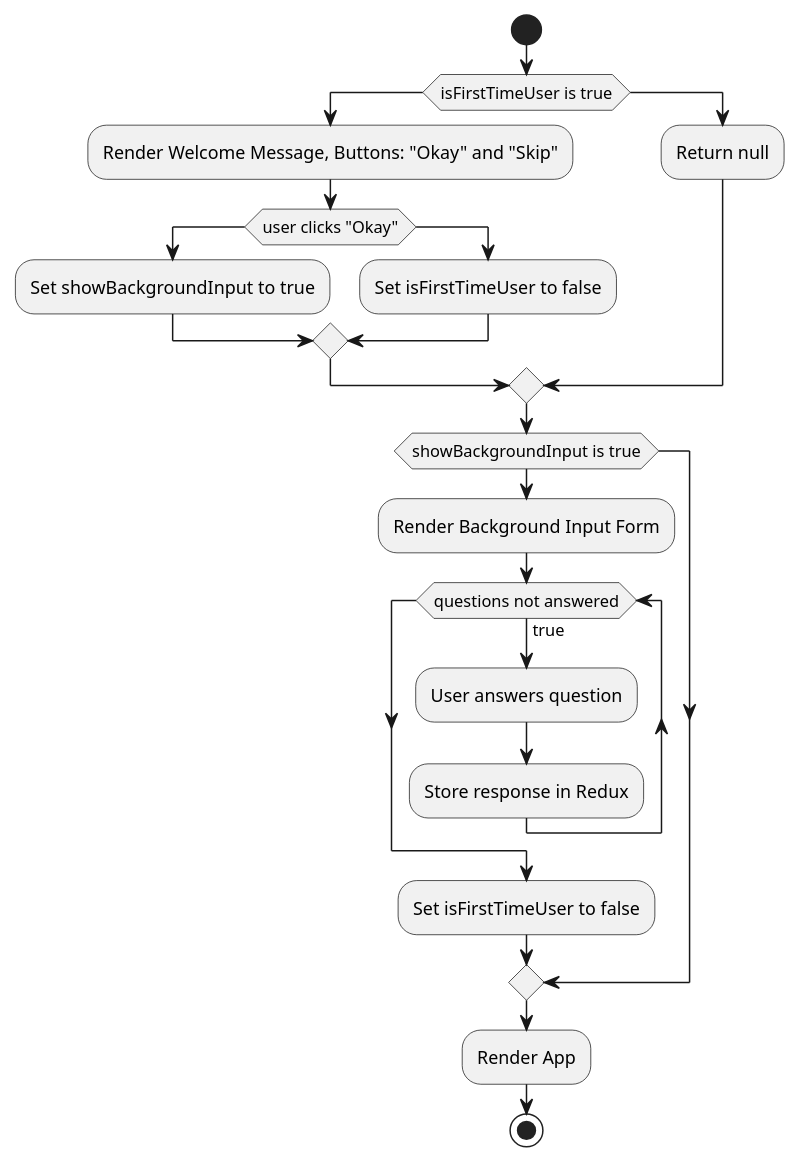
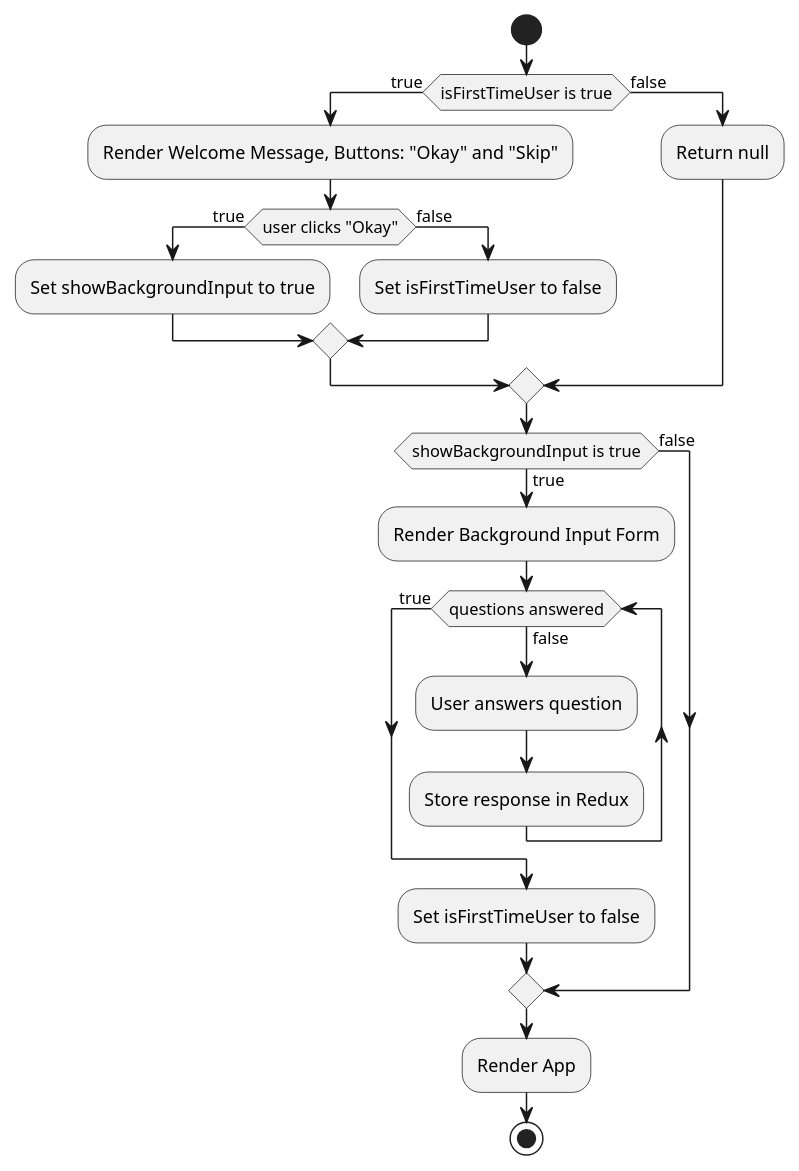
The diagram in tdd/background-collect-flow.puml (Windesheim-AI/UML-diagrams), drawn with PlantUML before and after one commit.

Commit message:
feat: :recycle: added true false labels to decision nodes background collect

```diff
--- a/tdd/background-collect-flow.puml
+++ b/tdd/background-collect-flow.puml
@@ -1,29 +1,30 @@
 @startuml background-collect-flow
 
 start
 
-if (isFirstTimeUser is true) then
+if (isFirstTimeUser is true) then (true)
     :Render Welcome Message, Buttons: "Okay" and "Skip";
-    if (user clicks "Okay") then
+    if (user clicks "Okay") then (true)
         :Set showBackgroundInput to true;
-    else
+    else (false)
         :Set isFirstTimeUser to false;
     endif
-else
+else (false)
     :Return null;
 endif
 
-if (showBackgroundInput is true) then
+if (showBackgroundInput is true) then (true)
     :Render Background Input Form;
-    while (questions not answered) is (true) 
+    while (questions answered) is (false)
         :User answers question;
         :Store response in Redux;
-    endwhile
+    endwhile (true)
     :Set isFirstTimeUser to false;
+    else(false)
 endif
 
 :Render App; 
 
 stop
 
 @enduml
```
